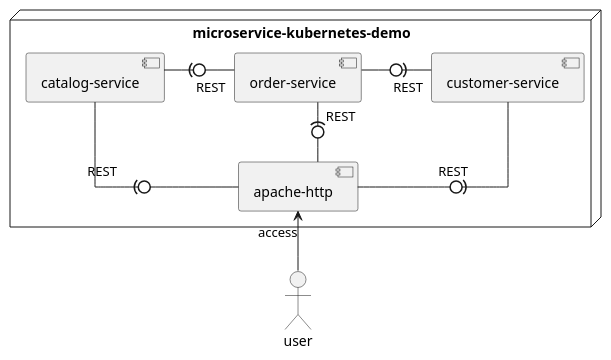
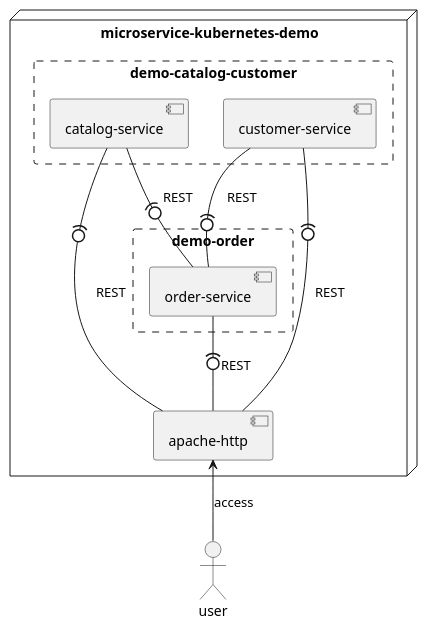
One commit to TuncerCatalkaya/chaos-engineering-tools-examples changed the diagram in microservice-kubernetes-demo.puml. Above: the diagram before and after it, drawn with PlantUML.

Commit message:
updated component diagram

```diff
--- a/microservice-kubernetes-demo.puml
+++ b/microservice-kubernetes-demo.puml
@@ -1,26 +1,26 @@
 @startuml
 'https://plantuml.com/component-diagram
-skinparam linetype ortho
-skinparam nodesep 70
 
 actor user
 node "microservice-kubernetes-demo" {
-    component "catalog-service" as catalogService
-    component "customer-service" as customerService
-    component "order-service" as orderService
+    rectangle "demo-catalog-customer" as demoCatalogCustomer #line.dashed {
+        component "catalog-service" as catalogService
+        component "customer-service" as customerService
+    }
+
+    rectangle "demo-order" as demoOrder #line.dashed {
+        component "order-service" as orderService
+    }
+
     component "apache-http" as apacheHttp
 }
 
-catalogService -[hidden]> orderService
-orderService -[hidden]> customerService
-orderService -[hidden]-> apacheHttp
-
 user -up-> apacheHttp: access
 
-catalogService -left(0- apacheHttp: REST
+catalogService -(0- apacheHttp: REST
 customerService -(0- apacheHttp: REST
-orderService -down(0- apacheHttp: REST
+orderService -(0- apacheHttp: REST
 
 catalogService -right(0- orderService: REST
-customerService -left(0- orderService: REST
+customerService -down(0- orderService: REST
 @enduml
```
